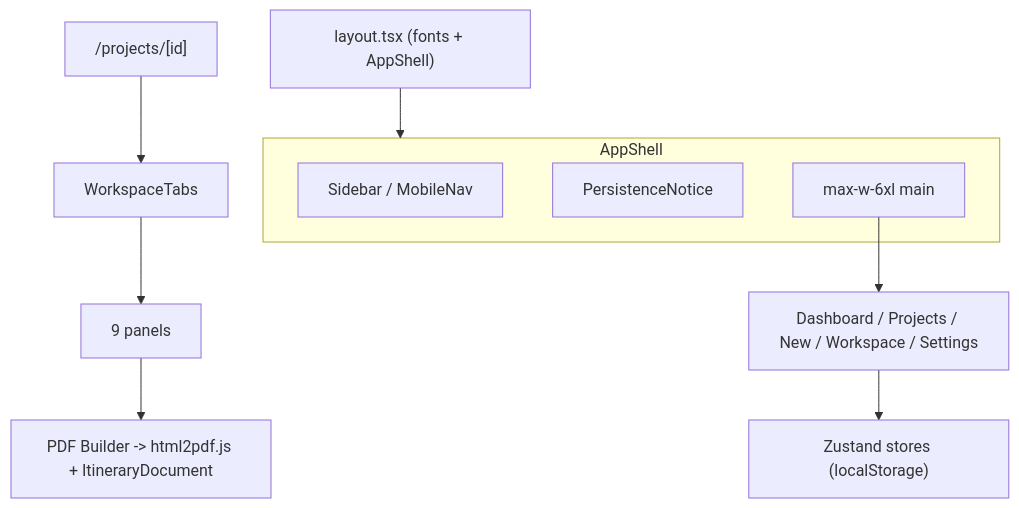
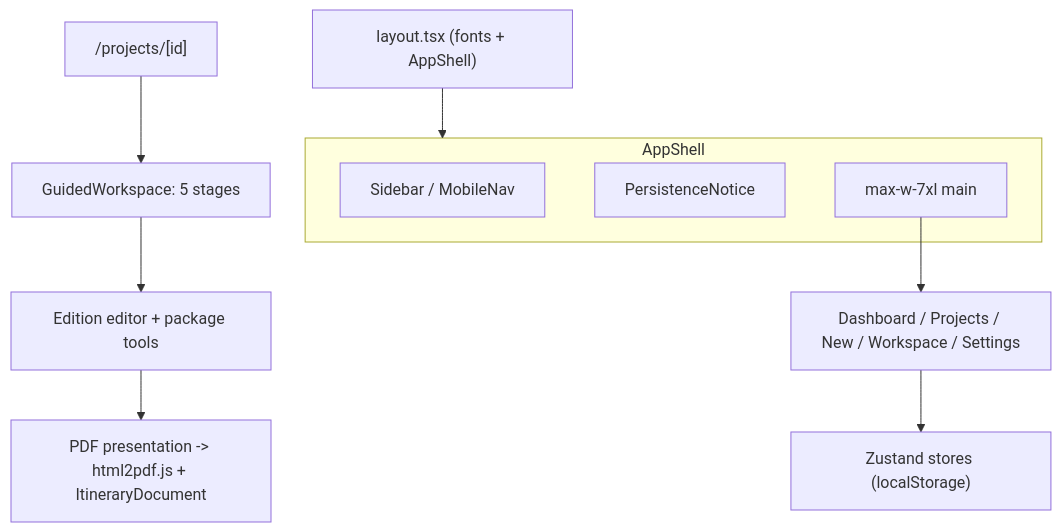
One commit to Saransh-Sharma/RouteCrafter changed the diagram in docs/architecture/ui-and-design-system.md. Above: the diagram before and after it, drawn with Mermaid. The commit also changed other lines of this file and 4 other files, not shown here.

Commit message:
Update architecture and product documentation

````diff
--- a/docs/architecture/ui-and-design-system.md
+++ b/docs/architecture/ui-and-design-system.md
@@ -248,14 +216,14 @@
 ```mermaid
 flowchart TB
   Layout["layout.tsx (fonts + AppShell)"] --> Shell
   subgraph Shell[AppShell]
     Nav["Sidebar / MobileNav"]
     Notice[PersistenceNotice]
-    Main["max-w-6xl main"]
+    Main["max-w-7xl main"]
   end
   Main --> Pages["Dashboard / Projects / New / Workspace / Settings"]
   Pages --> Store["Zustand stores (localStorage)"]
-  Workspace["/projects/[id]"] --> Tabs[WorkspaceTabs]
-  Tabs --> Panels["9 panels"]
-  Panels --> PDF["PDF Builder -> html2pdf.js + ItineraryDocument"]
+  Workspace["/projects/[id]"] --> Route["GuidedWorkspace: 5 stages"]
+  Route --> Tools["Edition editor + package tools"]
+  Tools --> PDF["PDF presentation -> html2pdf.js + ItineraryDocument"]
 ```
````
